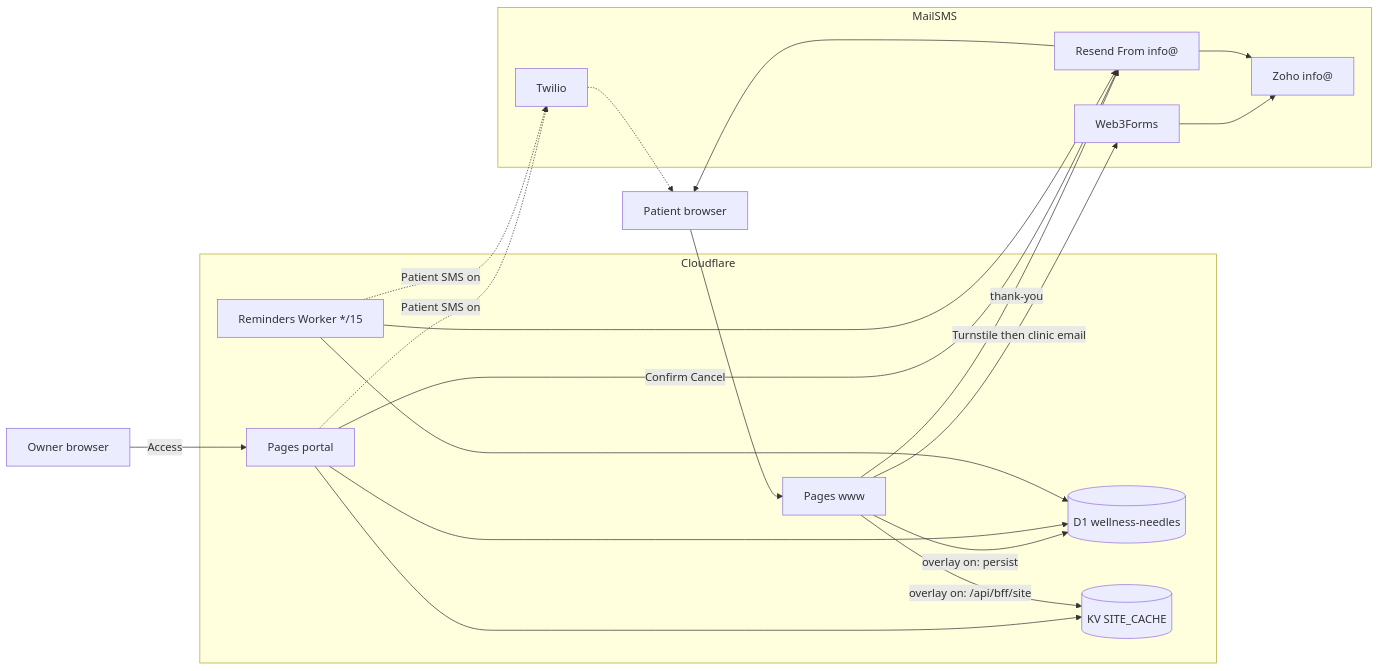
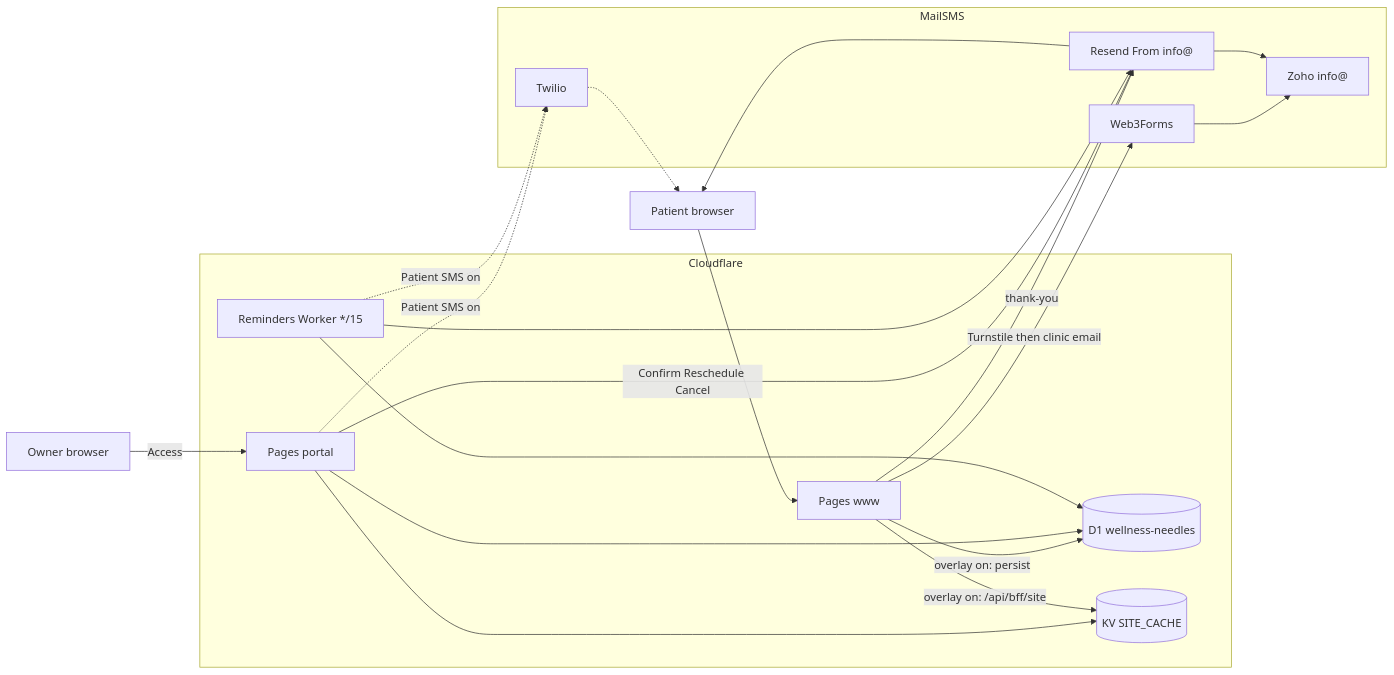
The first of 4 diagrams in docs/ARCHITECTURE.md (hbacalso1229/wellness-needles), drawn with Mermaid before and after one commit. The commit also changed other lines of this file and 24 other files, not shown here.

````diff
--- a/docs/ARCHITECTURE.md
+++ b/docs/ARCHITECTURE.md
@@ -22,38 +22,38 @@
 ```mermaid
 flowchart LR
   Patient[Patient browser]
   Owner[Owner browser]
 
   subgraph Cloudflare
     WWW[Pages www]
     Portal[Pages portal]
     Worker[Reminders Worker */15]
     D1[(D1 wellness-needles)]
     KV[(KV SITE_CACHE)]
   end
 
   subgraph MailSMS
     W3[Web3Forms]
     Resend[Resend From info@]
     Zoho[Zoho info@]
     Twilio[Twilio]
   end
 
   Patient --> WWW
   Owner -->|Access| Portal
   WWW -->|Turnstile then clinic email| W3
   W3 --> Zoho
   WWW -->|overlay on: persist| D1
   WWW -->|thank-you| Resend
   Resend --> Patient
   Portal --> D1
   Portal --> KV
   WWW -->|overlay on: /api/bff/site| KV
-  Portal -->|Confirm Cancel| Resend
+  Portal -->|Confirm Reschedule Cancel| Resend
   Resend --> Zoho
   Worker --> D1
   Worker --> Resend
   Portal -.->|Patient SMS on| Twilio
   Worker -.->|Patient SMS on| Twilio
   Twilio -.-> Patient
 ```
````
